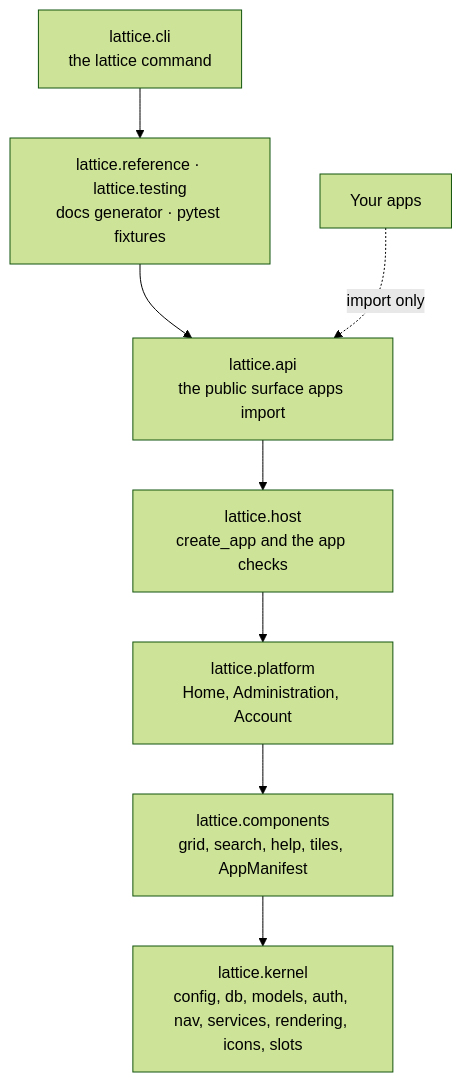
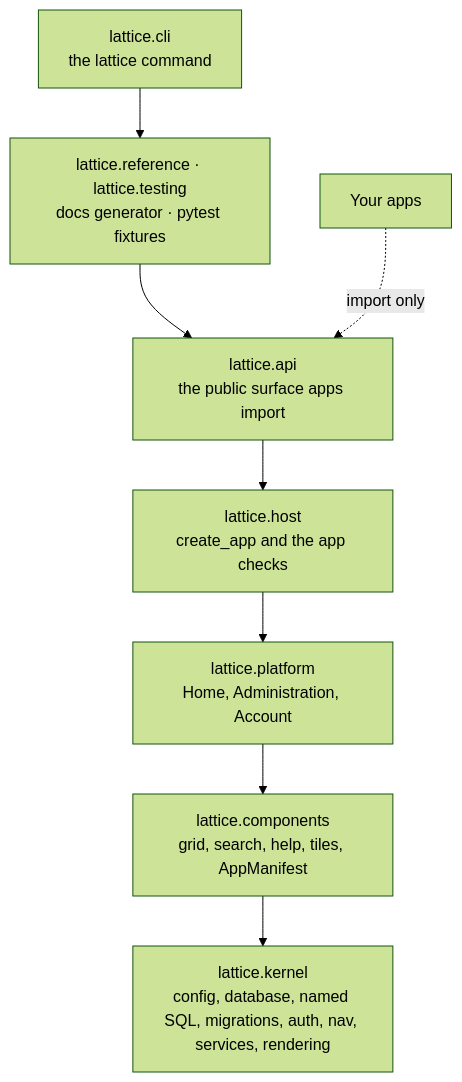
One commit to anilvenugopal/lattice changed the first of 2 diagrams in lattice/help/developer/architecture/index.md. Above: the diagram before and after it, drawn with Mermaid (forest theme). The commit also changed other lines of this file and 23 other files, not shown here.

````diff
--- a/lattice/help/developer/architecture/index.md
+++ b/lattice/help/developer/architecture/index.md
@@ -16,11 +16,11 @@
 ```mermaid
 flowchart TB
   CLI["lattice.cli<br/>the lattice command"] --> REF
   REF["lattice.reference · lattice.testing<br/>docs generator · pytest fixtures"] --> API
   API["lattice.api<br/>the public surface apps import"] --> HOST
   HOST["lattice.host<br/>create_app and the app checks"] --> PLAT
   PLAT["lattice.platform<br/>Home, Administration, Account"] --> COMP
   COMP["lattice.components<br/>grid, search, help, tiles, AppManifest"] --> KER
-  KER["lattice.kernel<br/>config, db, models, auth, nav, services, rendering, icons, slots"]
+  KER["lattice.kernel<br/>config, database, named SQL, migrations, auth, nav, services, rendering"]
   APPS["Your apps"] -. "import only" .-> API
 ```
````
